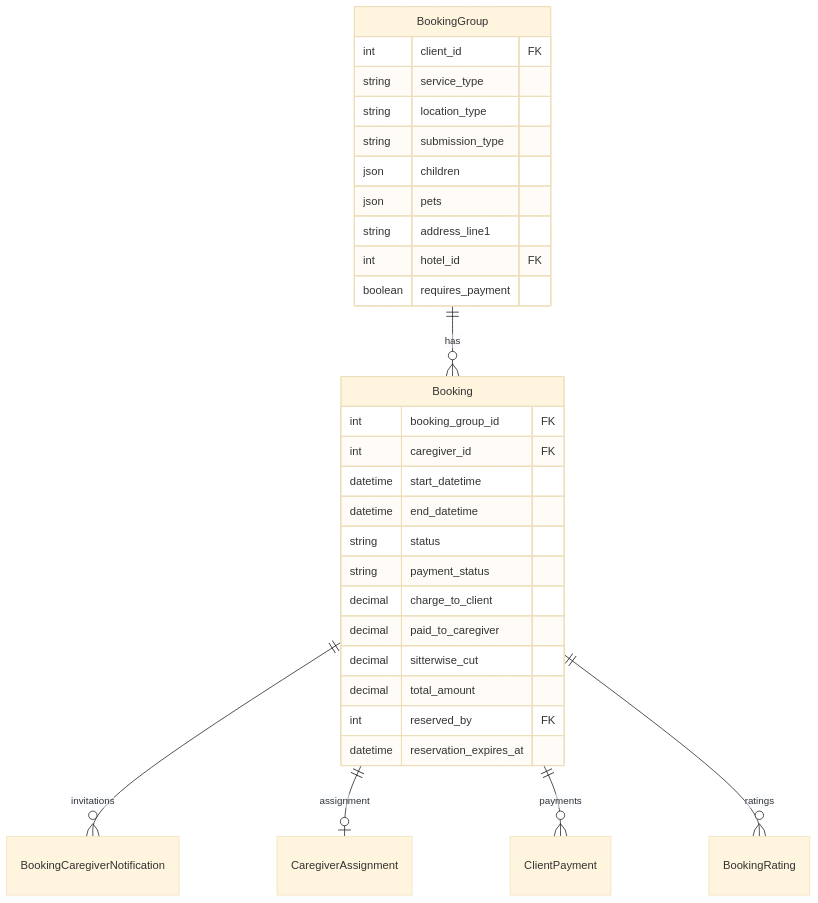
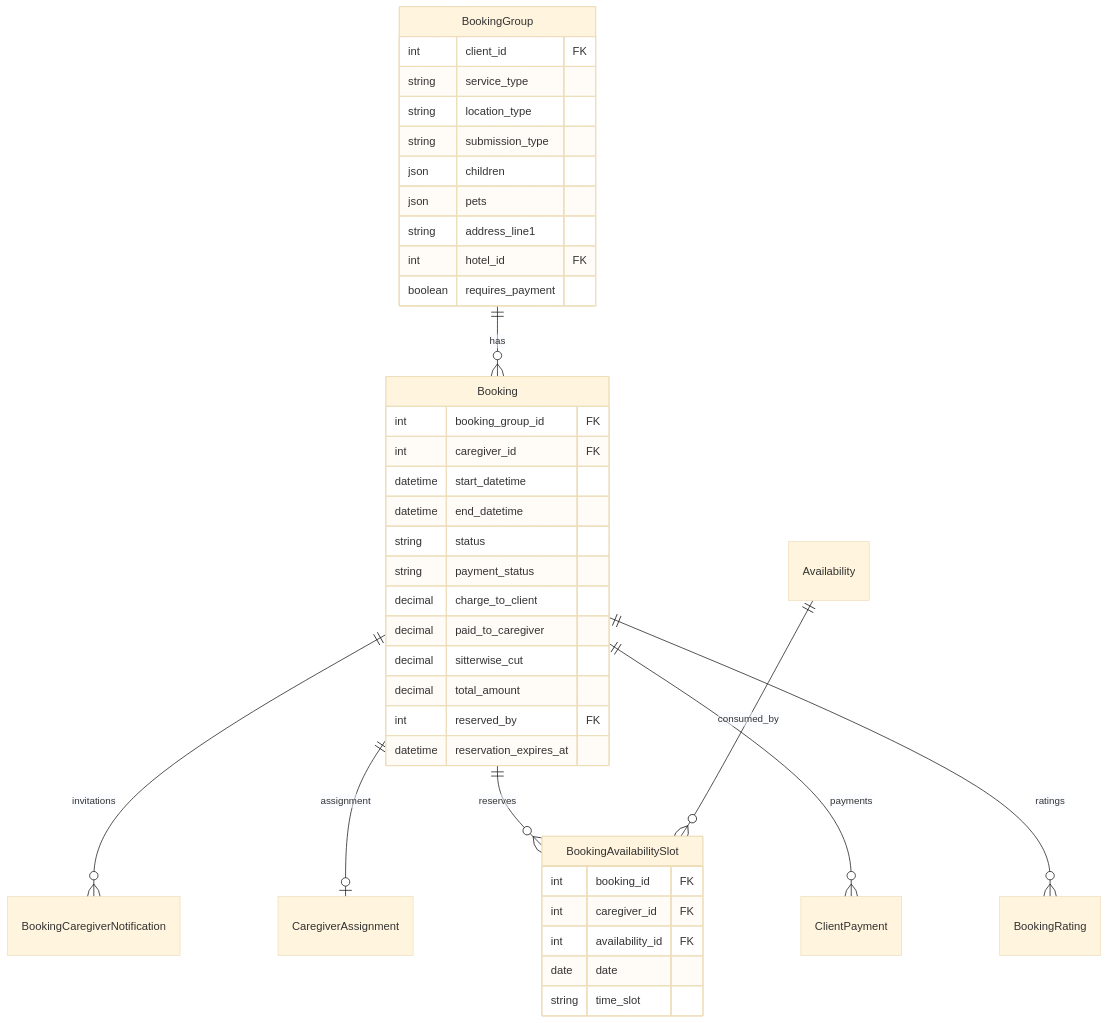
The seventh of 12 diagrams in docs/booking-flow.md (r00t4bl3/sitterwise), drawn with Mermaid (base theme) before and after one commit. The commit also changed other lines of this file and 17 other files, not shown here.

````diff
--- a/docs/booking-flow.md
+++ b/docs/booking-flow.md
@@ -174,35 +261,46 @@
 ```mermaid
 erDiagram
     BookingGroup ||--o{ Booking : has
     BookingGroup {
         int client_id FK
         string service_type
         string location_type
         string submission_type
         json children
         json pets
         string address_line1
         int hotel_id FK
         boolean requires_payment
     }
 
     Booking {
         int booking_group_id FK
         int caregiver_id FK
         datetime start_datetime
         datetime end_datetime
         string status
         string payment_status
         decimal charge_to_client
         decimal paid_to_caregiver
         decimal sitterwise_cut
         decimal total_amount
         int reserved_by FK
         datetime reservation_expires_at
     }
 
     Booking ||--o{ BookingCaregiverNotification : invitations
     Booking ||--o| CaregiverAssignment : assignment
+    Booking ||--o{ BookingAvailabilitySlot : reserves
     Booking ||--o{ ClientPayment : payments
     Booking ||--o{ BookingRating : ratings
+
+    BookingAvailabilitySlot {
+        int booking_id FK
+        int caregiver_id FK
+        int availability_id FK
+        date date
+        string time_slot
+    }
+
+    Availability ||--o{ BookingAvailabilitySlot : consumed_by
 ```
````
